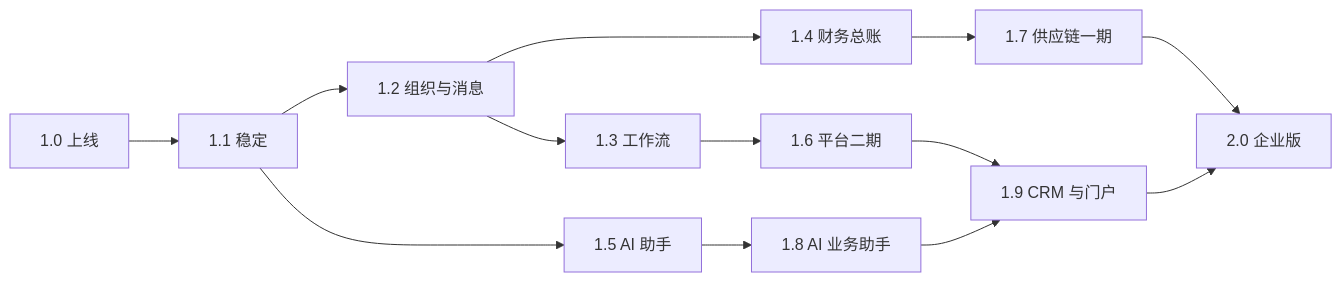
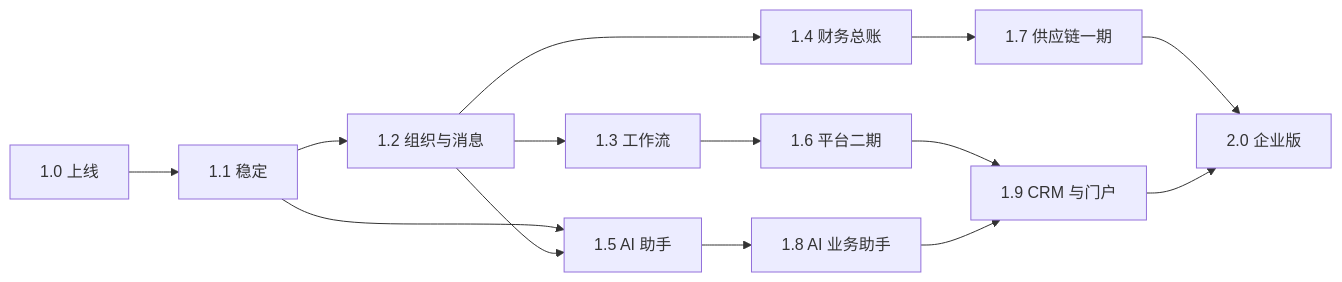
Before and after one commit to qingyu6688/qiheng-erp: the diagram in docs/开发计划.md, drawn with Mermaid. The commit also changed other lines of this file and 6 other files, not shown here.

````diff
--- a/docs/开发计划.md
+++ b/docs/开发计划.md
@@ -70,14 +70,15 @@
 ```mermaid
 flowchart LR
   V10[1.0 上线] --> V11[1.1 稳定]
   V11 --> V12[1.2 组织与消息] --> V13[1.3 工作流]
   V12 --> V14[1.4 财务总账]
   V11 --> V15[1.5 AI 助手]
+  V12 --> V15
   V13 --> V16[1.6 平台二期]
   V14 --> V17[1.7 供应链一期]
   V15 --> V18[1.8 AI 业务助手]
   V16 --> V19[1.9 CRM 与门户]
   V18 --> V19
   V17 --> V20[2.0 企业版]
   V19 --> V20
 ```
````
